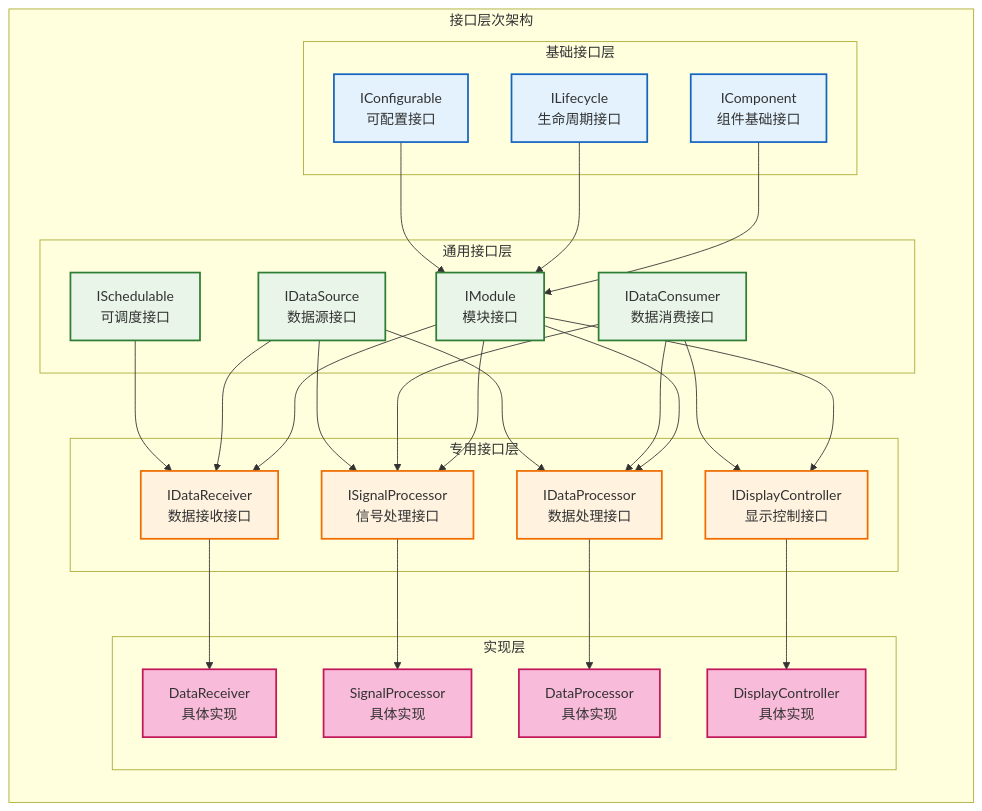
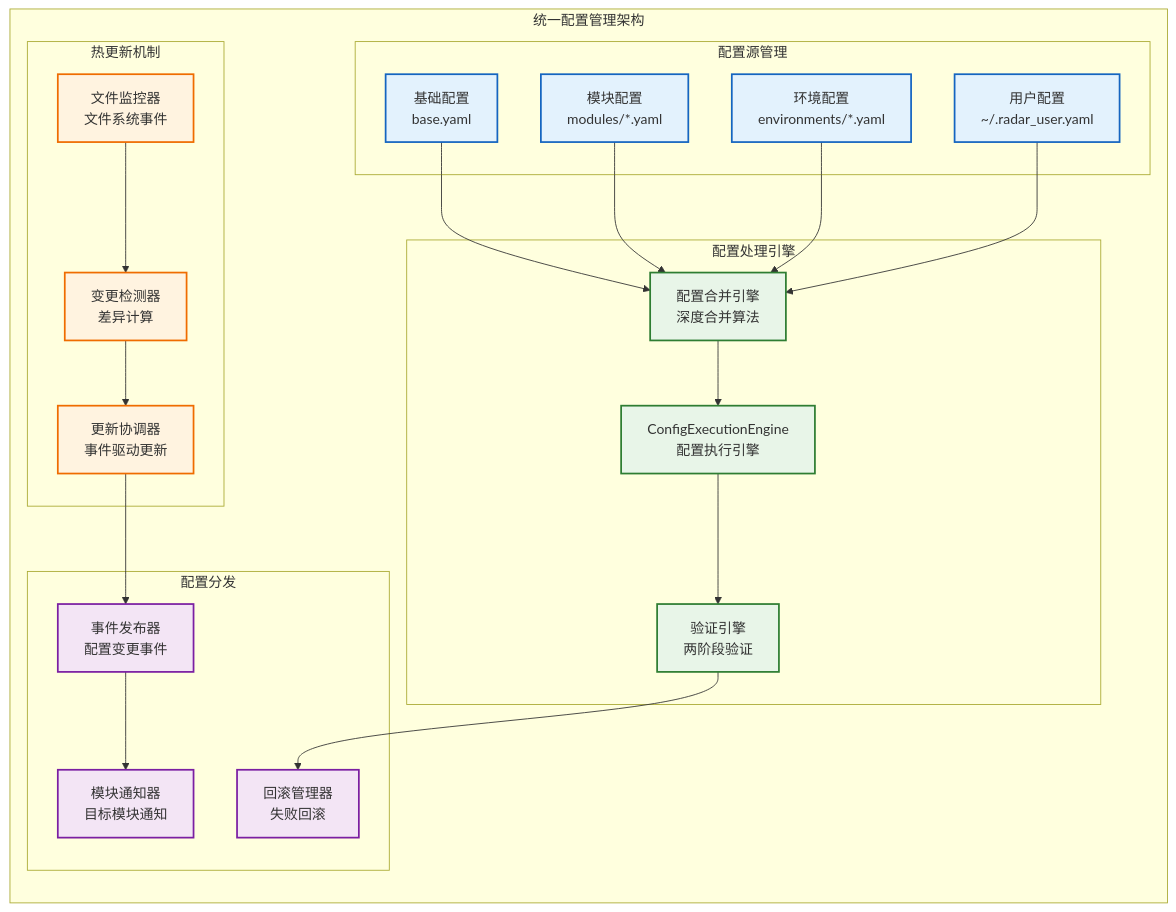
One commit to wendizhou99-cell/Radar changed diagram 13 of 26 in docs/01_项目设计/01_项目设计/03_系统架构总览.md. Above: the diagram before and after it, drawn with Mermaid. The commit also changed other lines of this file and 27 other files, not shown here.

````diff
--- a/docs/01_项目设计/01_项目设计/03_系统架构总览.md
+++ b/docs/01_项目设计/01_项目设计/03_系统架构总览.md
@@ -410,69 +833,57 @@
 ```mermaid
 graph TB
-    subgraph "接口层次架构"
+    subgraph "统一配置管理架构"
         direction TB
 
-        subgraph "基础接口层"
-            IComponent[IComponent<br/>组件基础接口]
-            ILifecycle[ILifecycle<br/>生命周期接口]
-            IConfigurable[IConfigurable<br/>可配置接口]
+        subgraph "配置源管理"
+            BASE_CONFIG[基础配置<br/>base.yaml]
+            MODULE_CONFIGS[模块配置<br/>modules/*.yaml]
+            ENV_CONFIGS[环境配置<br/>environments/*.yaml]
+            USER_CONFIGS[用户配置<br/>~/.radar_user.yaml]
         end
 
-        subgraph "通用接口层"
-            IModule[IModule<br/>模块接口]
-            IDataSource[IDataSource<br/>数据源接口]
-            IDataConsumer[IDataConsumer<br/>数据消费接口]
-            ISchedulable[ISchedulable<br/>可调度接口]
+        subgraph "配置处理引擎"
+            CONFIG_ENGINE[ConfigExecutionEngine<br/>配置执行引擎]
+            MERGE_ENGINE[配置合并引擎<br/>深度合并算法]
+            VALIDATION_ENGINE[验证引擎<br/>两阶段验证]
         end
 
-        subgraph "专用接口层"
-            IDataReceiver[IDataReceiver<br/>数据接收接口]
-            ISignalProcessor[ISignalProcessor<br/>信号处理接口]
-            IDataProcessor[IDataProcessor<br/>数据处理接口]
-            IDisplayController[IDisplayController<br/>显示控制接口]
+        subgraph "热更新机制"
+            FILE_WATCHER[文件监控器<br/>文件系统事件]
+            CHANGE_DETECTOR[变更检测器<br/>差异计算]
+            UPDATE_COORDINATOR[更新协调器<br/>事件驱动更新]
         end
 
-        subgraph "实现层"
-            DataReceiverImpl[DataReceiver<br/>具体实现]
-            SignalProcessorImpl[SignalProcessor<br/>具体实现]
-            DataProcessorImpl[DataProcessor<br/>具体实现]
-            DisplayControllerImpl[DisplayController<br/>具体实现]
+        subgraph "配置分发"
+            EVENT_PUBLISHER[事件发布器<br/>配置变更事件]
+            MODULE_NOTIFIER[模块通知器<br/>目标模块通知]
+            ROLLBACK_MGR[回滚管理器<br/>失败回滚]
         end
 
-        %% 继承关系
-        IComponent --> IModule
-        ILifecycle --> IModule
-        IConfigurable --> IModule
+        %% 配置流程
+        BASE_CONFIG --> MERGE_ENGINE
+        MODULE_CONFIGS --> MERGE_ENGINE
+        ENV_CONFIGS --> MERGE_ENGINE
+        USER_CONFIGS --> MERGE_ENGINE
 
-        IModule --> IDataReceiver
-        IDataSource --> IDataReceiver
-        ISchedulable --> IDataReceiver
+        MERGE_ENGINE --> CONFIG_ENGINE
+        CONFIG_ENGINE --> VALIDATION_ENGINE
 
-        IModule --> ISignalProcessor
-        IDataConsumer --> ISignalProcessor
-        IDataSource --> ISignalProcessor
+        FILE_WATCHER --> CHANGE_DETECTOR
+        CHANGE_DETECTOR --> UPDATE_COORDINATOR
+        UPDATE_COORDINATOR --> EVENT_PUBLISHER
 
-        IModule --> IDataProcessor
-        IDataConsumer --> IDataProcessor
-        IDataSource --> IDataProcessor
-
-        IModule --> IDisplayController
-        IDataConsumer --> IDisplayController
-
-        %% 实现关系
-        IDataReceiver --> DataReceiverImpl
-        ISignalProcessor --> SignalProcessorImpl
-        IDataProcessor --> DataProcessorImpl
-        IDisplayController --> DisplayControllerImpl
+        EVENT_PUBLISHER --> MODULE_NOTIFIER
+        VALIDATION_ENGINE --> ROLLBACK_MGR
     end
 
-    classDef base fill:#e3f2fd,stroke:#1565c0,stroke-width:2px
-    classDef generic fill:#e8f5e8,stroke:#2e7d32,stroke-width:2px
-    classDef specific fill:#fff3e0,stroke:#ef6c00,stroke-width:2px
-    classDef impl fill:#f8bbd9,stroke:#c2185b,stroke-width:2px
+    classDef source fill:#e3f2fd,stroke:#1565c0,stroke-width:2px
+    classDef engine fill:#e8f5e8,stroke:#2e7d32,stroke-width:2px
+    classDef hotupdate fill:#fff3e0,stroke:#ef6c00,stroke-width:2px
+    classDef distribute fill:#f3e5f5,stroke:#7b1fa2,stroke-width:2px
 
-    class IComponent,ILifecycle,IConfigurable base
-    class IModule,IDataSource,IDataConsumer,ISchedulable generic
-    class IDataReceiver,ISignalProcessor,IDataProcessor,IDisplayController specific
-    class DataReceiverImpl,SignalProcessorImpl,DataProcessorImpl,DisplayControllerImpl impl
+    class BASE_CONFIG,MODULE_CONFIGS,ENV_CONFIGS,USER_CONFIGS source
+    class CONFIG_ENGINE,MERGE_ENGINE,VALIDATION_ENGINE engine
+    class FILE_WATCHER,CHANGE_DETECTOR,UPDATE_COORDINATOR hotupdate
+    class EVENT_PUBLISHER,MODULE_NOTIFIER,ROLLBACK_MGR distribute
 ```
````
